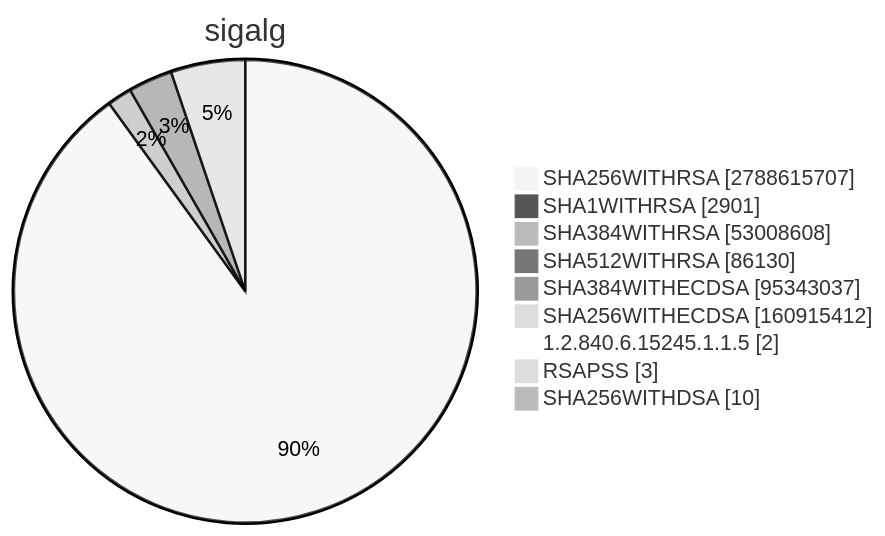
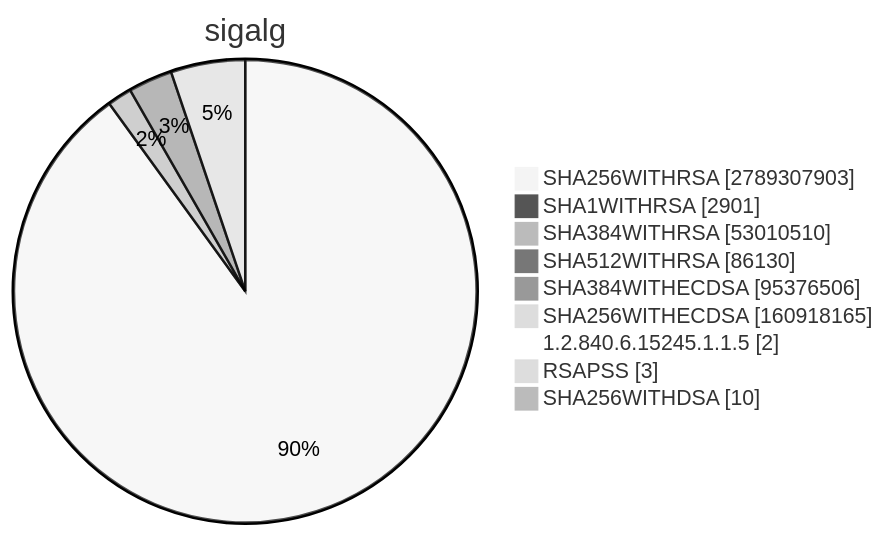
One commit to christiankrug/ctmonitor_visualization changed diagram 15 of 15 in TOTAL/README.md. Above: the diagram before and after it, drawn with Mermaid (neutral theme). The commit also changed other lines of this file, not shown here.

````diff
--- a/TOTAL/README.md
+++ b/TOTAL/README.md
@@ -6207,13 +6207,13 @@
 ```mermaid
 pie showData
 title sigalg
-"SHA256WITHRSA" :2788615707
+"SHA256WITHRSA" :2789307903
 "SHA1WITHRSA" :2901
-"SHA384WITHRSA" :53008608
+"SHA384WITHRSA" :53010510
 "SHA512WITHRSA" :86130
-"SHA384WITHECDSA" :95343037
-"SHA256WITHECDSA" :160915412
+"SHA384WITHECDSA" :95376506
+"SHA256WITHECDSA" :160918165
 "1.2.840.6.15245.1.1.5" :2
 "RSAPSS" :3
 "SHA256WITHDSA" :10
 ```
````
